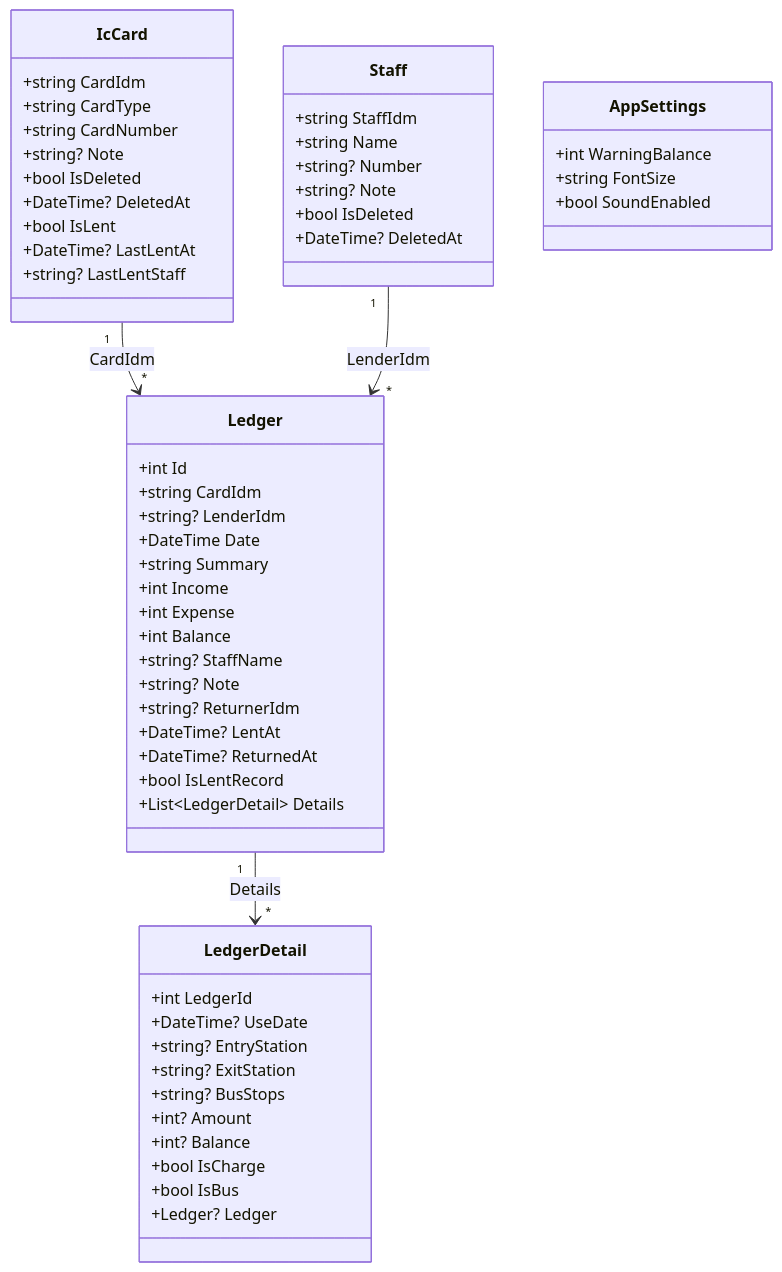
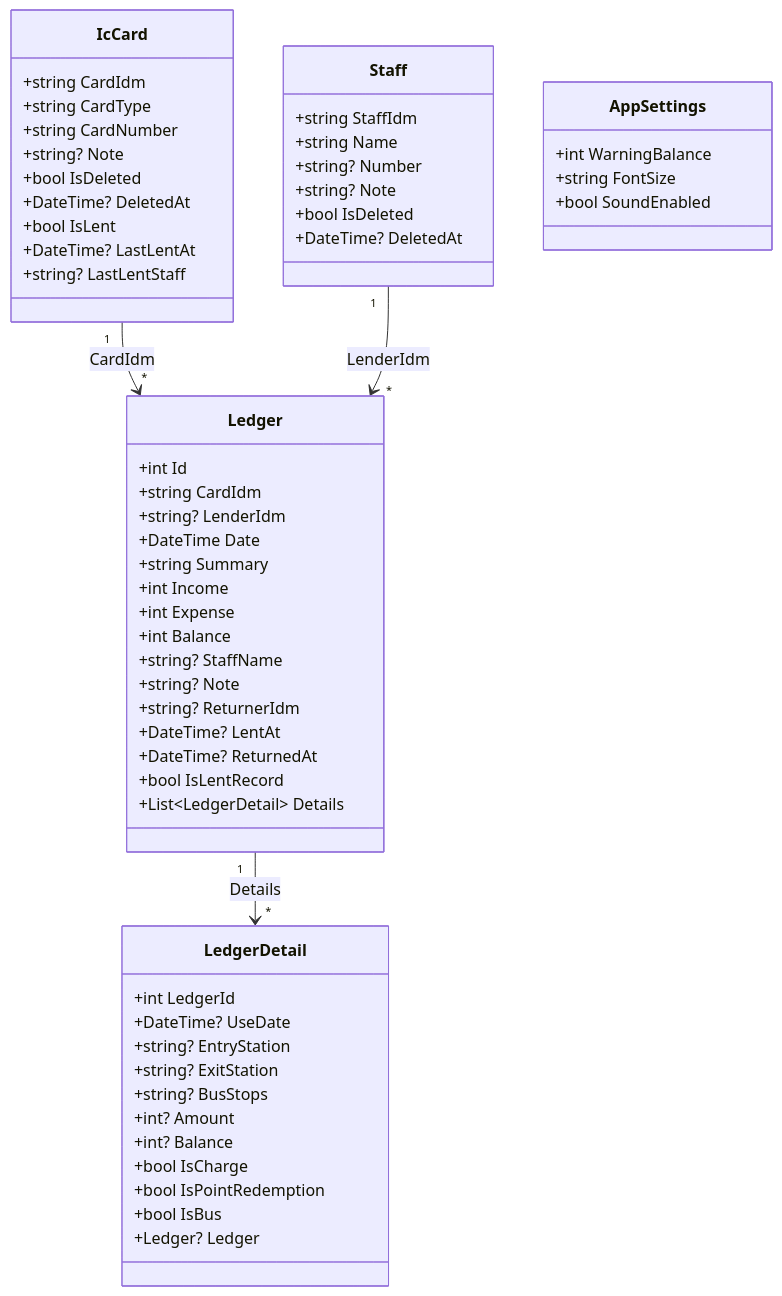
Before and after one commit to kuwayamamasayuki/ICCardManager: the first of 17 diagrams in ICCardManager/docs/design/05_クラス設計書.md, drawn with Mermaid. The commit also changed 3 other files, not shown here.

````diff
--- a/ICCardManager/docs/design/05_クラス設計書.md
+++ b/ICCardManager/docs/design/05_クラス設計書.md
@@ -5,66 +5,67 @@
 ```mermaid
 classDiagram
     %% Models
     class Staff {
         +string StaffIdm
         +string Name
         +string? Number
         +string? Note
         +bool IsDeleted
         +DateTime? DeletedAt
     }
 
     class IcCard {
         +string CardIdm
         +string CardType
         +string CardNumber
         +string? Note
         +bool IsDeleted
         +DateTime? DeletedAt
         +bool IsLent
         +DateTime? LastLentAt
         +string? LastLentStaff
     }
 
     class Ledger {
         +int Id
         +string CardIdm
         +string? LenderIdm
         +DateTime Date
         +string Summary
         +int Income
         +int Expense
         +int Balance
         +string? StaffName
         +string? Note
         +string? ReturnerIdm
         +DateTime? LentAt
         +DateTime? ReturnedAt
         +bool IsLentRecord
         +List~LedgerDetail~ Details
     }
 
     class LedgerDetail {
         +int LedgerId
         +DateTime? UseDate
         +string? EntryStation
         +string? ExitStation
         +string? BusStops
         +int? Amount
         +int? Balance
         +bool IsCharge
+        +bool IsPointRedemption
         +bool IsBus
         +Ledger? Ledger
     }
 
     class AppSettings {
         +int WarningBalance
         +string FontSize
         +bool SoundEnabled
     }
 
     %% Relationships
     Ledger "1" --> "*" LedgerDetail : Details
     IcCard "1" --> "*" Ledger : CardIdm
     Staff "1" --> "*" Ledger : LenderIdm
 ```
````
